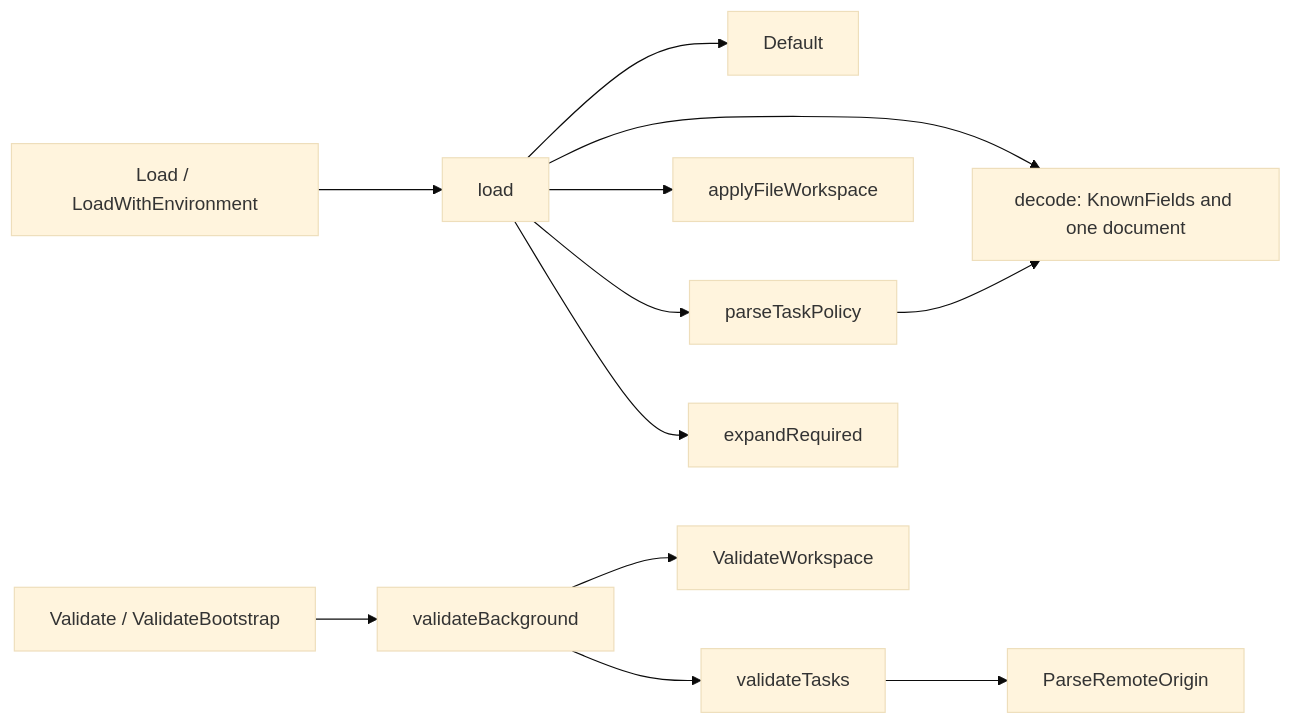
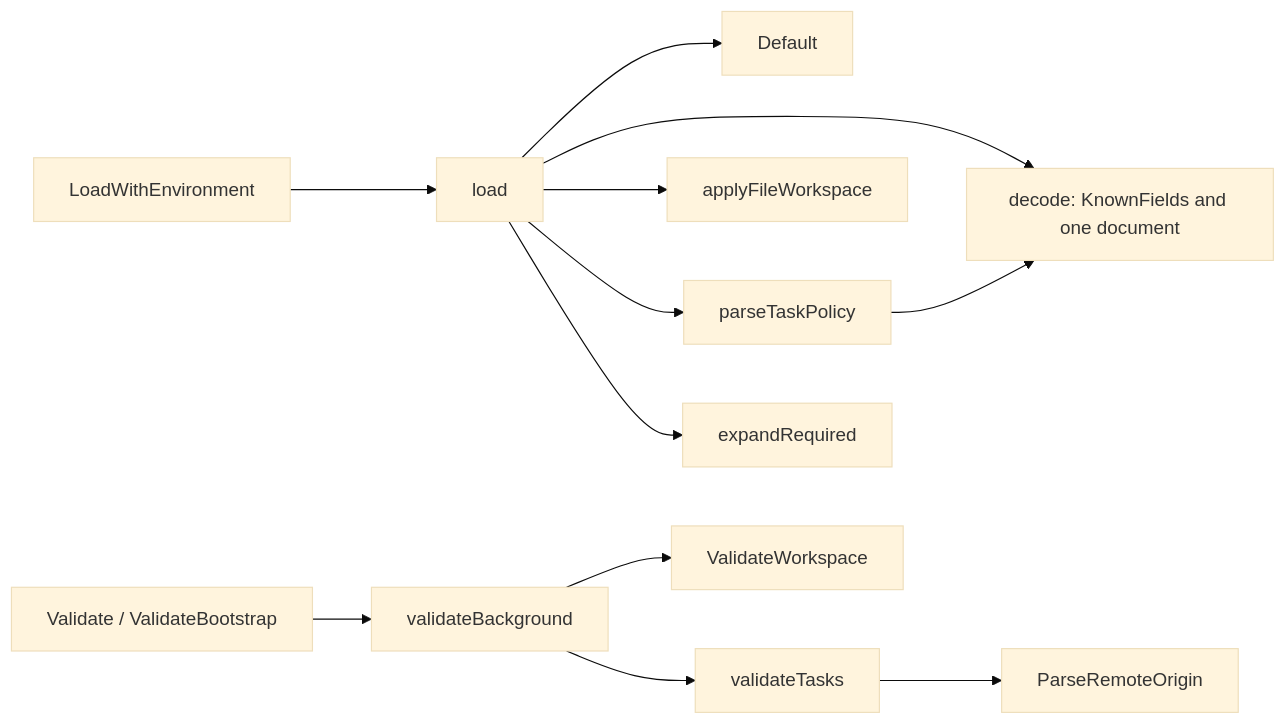
Before and after one commit to nebler/fern: the first of 2 diagrams in internal/config/README.md, drawn with Mermaid (base theme). The commit also changed other lines of this file and 15 other files, not shown here.

````diff
--- a/internal/config/README.md
+++ b/internal/config/README.md
@@ -23,14 +23,14 @@
 ```mermaid
 graph LR
-  load["Load / LoadWithEnvironment"] --> merge["load"]
+  load["LoadWithEnvironment"] --> merge["load"]
   merge --> defaults["Default"]
   merge --> decode["decode: KnownFields and one document"]
   merge --> workspace["applyFileWorkspace"]
   merge --> policy["parseTaskPolicy"]
   policy --> decode
   merge --> expand["expandRequired"]
   validate["Validate / ValidateBootstrap"] --> background["validateBackground"]
   background --> ws["ValidateWorkspace"]
   background --> tasks["validateTasks"]
   tasks --> origin["ParseRemoteOrigin"]
 ```
````
